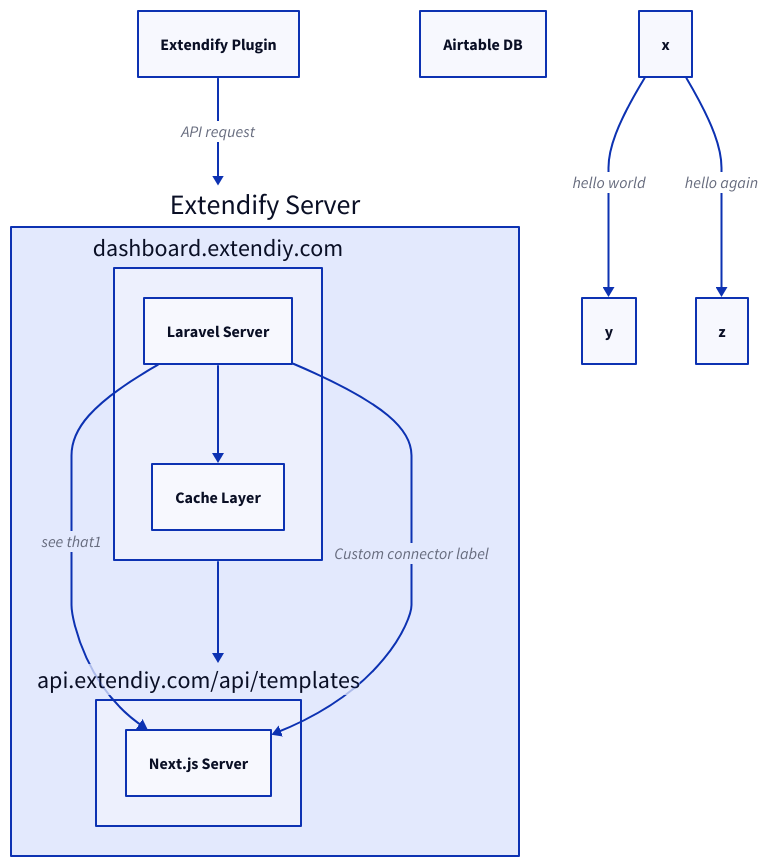
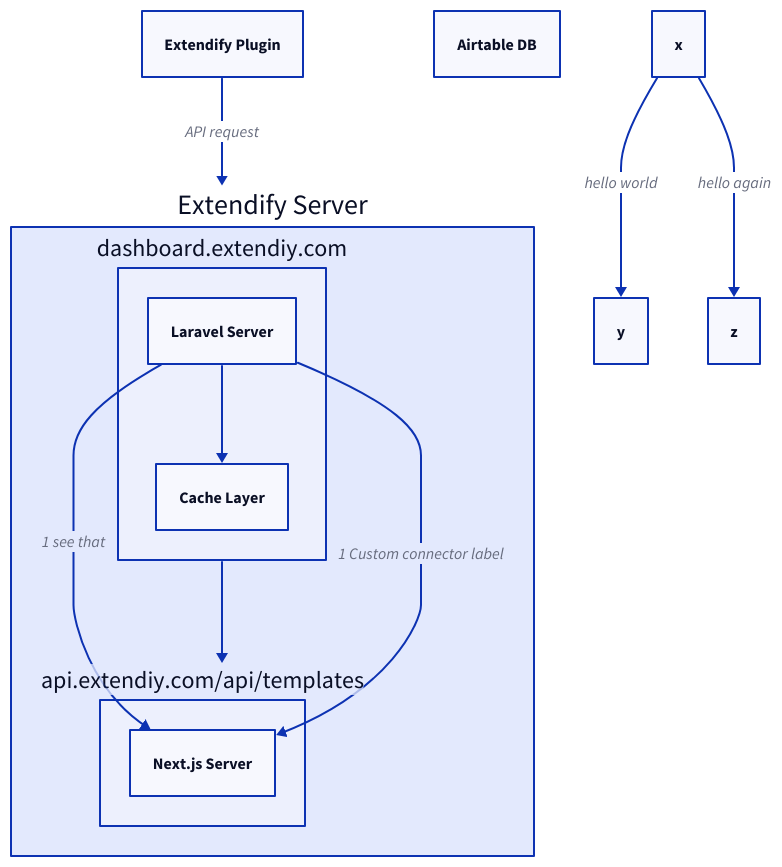
One commit to dgwyer/myapp changed the diagram in d2/file.d2. Above: the diagram before and after it, drawn with D2.

Commit message:
try to render

```diff
--- a/d2/file.d2
+++ b/d2/file.d2
@@ -1,28 +1,28 @@
 a: Extendify Plugin
 e: Airtable DB
 
 extendifyServer: {
   label: Extendify Server
 
   dashboardServer: {
     label: dashboard.extendiy.com
     ls: Laravel Server
     cl: Cache Layer
 
     ls -> cl
   }
 
   apiServer:  {
     label: api.extendiy.com/api/templates
     nj: Next.js Server
 
-    _.dashboardServer.ls -> nj: see that1
+    _.dashboardServer.ls -> nj: 1 see that
   }
 
   dashboardServer -> apiServer
-  dashboardServer.ls -> apiServer.nj: Custom connector label
+  dashboardServer.ls -> apiServer.nj: 1 Custom connector label
 }
 
 a -> extendifyServer: API request
 x -> y: hello world
 x -> z: hello again
```
